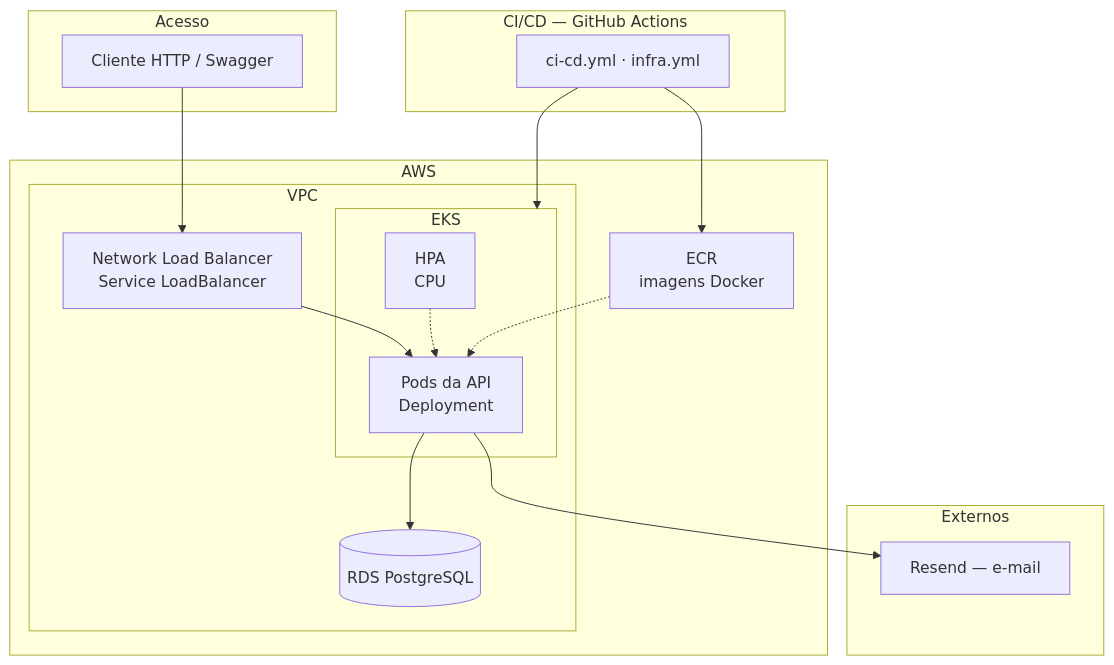
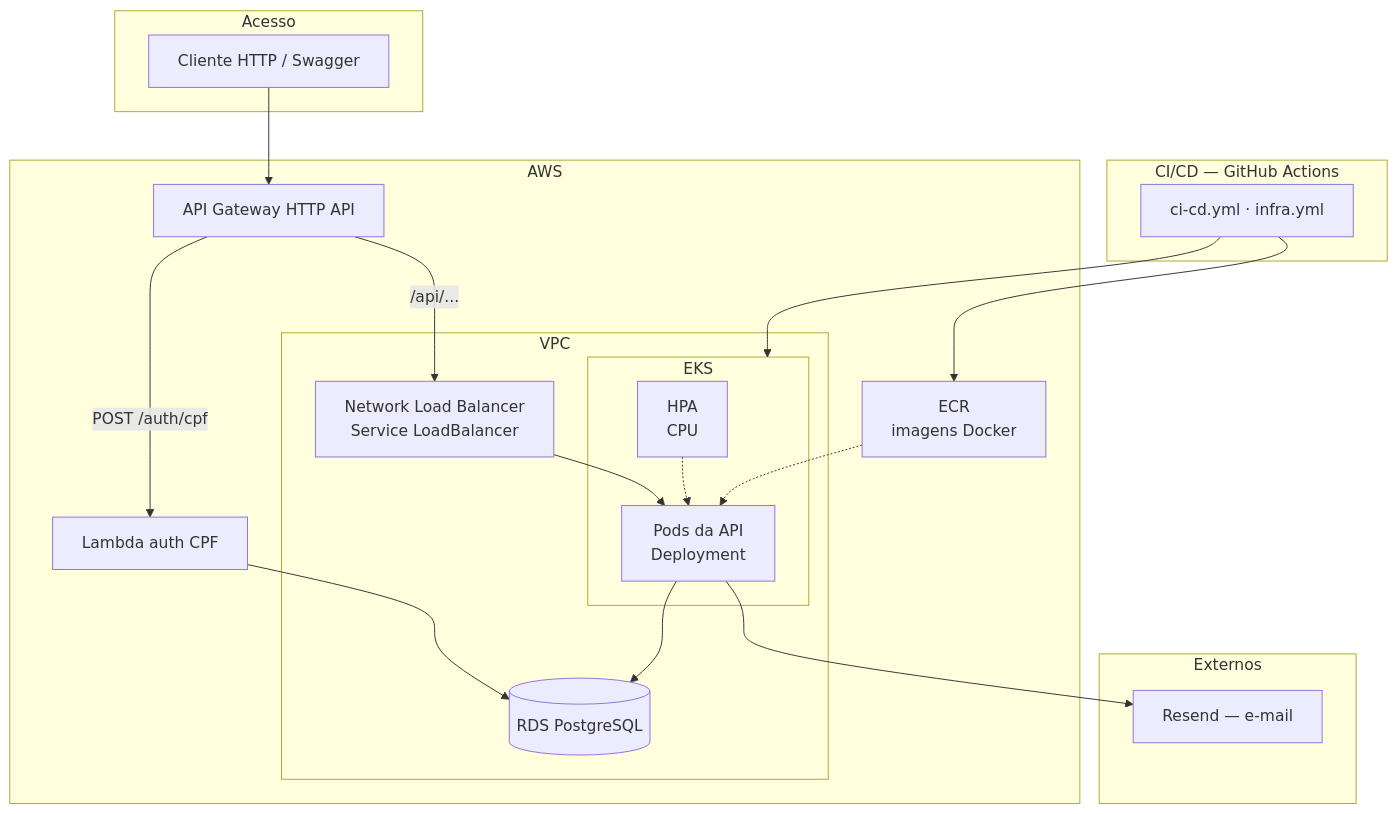
The first of 2 diagrams in docs/deployment/README.md (32SOAT/oficina-mecanica-api), drawn with Mermaid before and after one commit. The commit also changed other lines of this file and 38 other files, not shown here.

First line of the commit message:
feat(auth): integrar JWT da lambda com role de cliente

````diff
--- a/docs/deployment/README.md
+++ b/docs/deployment/README.md
@@ -7,36 +7,41 @@
 ```mermaid
 flowchart TB
   subgraph Users["Acesso"]
     Client[Cliente HTTP / Swagger]
   end
 
   subgraph GHA["CI/CD — GitHub Actions"]
     Pipeline[ci-cd.yml · infra.yml]
   end
 
   subgraph AWS["AWS"]
     ECR[ECR<br/>imagens Docker]
+    GW[API Gateway HTTP API]
+    Lambda[Lambda auth CPF]
 
     subgraph VPC["VPC"]
       NLB[Network Load Balancer<br/>Service LoadBalancer]
       subgraph EKS["EKS"]
         Pods[Pods da API<br/>Deployment]
         HPA[HPA<br/>CPU]
       end
       RDS[(RDS PostgreSQL)]
     end
   end
 
   subgraph Ext["Externos"]
     Resend[Resend — e-mail]
   end
 
-  Client --> NLB
+  Client --> GW
+  GW -->|POST /auth/cpf| Lambda
+  GW -->|/api/...| NLB
+  Lambda --> RDS
   NLB --> Pods
   HPA -.-> Pods
   Pods --> RDS
   Pods --> Resend
   Pipeline --> ECR
   ECR -.-> Pods
   Pipeline --> EKS
 ```
````
